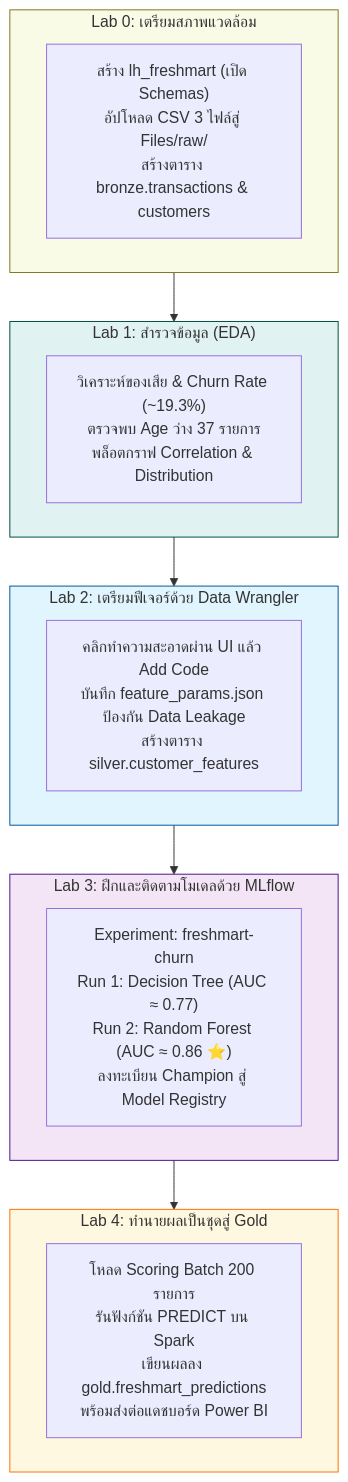
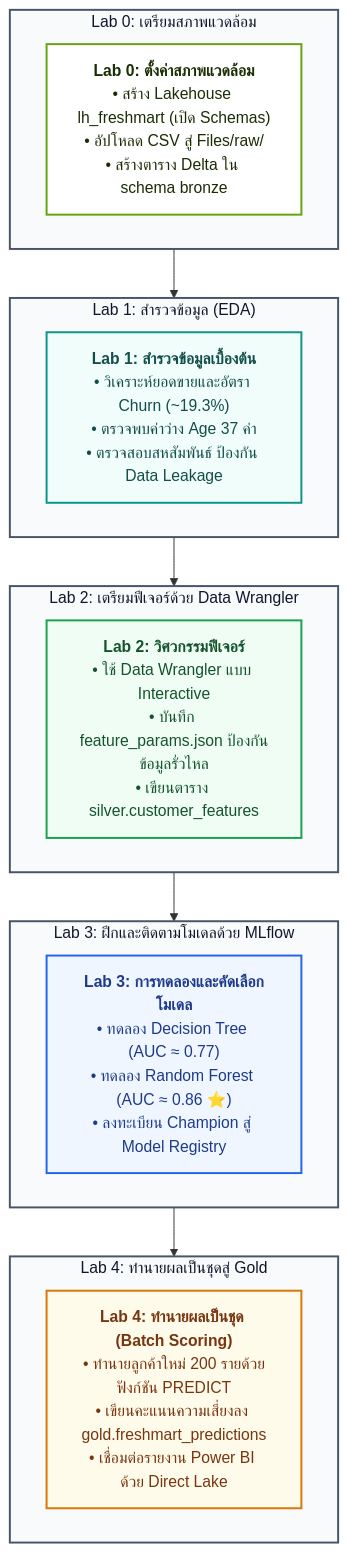
Before and after one commit to DataFabric-Academy/ms-fabric-data-science: the diagram in labs/README.md, drawn with Mermaid. The commit also changed 6 other files, not shown here.

````diff
--- a/labs/README.md
+++ b/labs/README.md
@@ -28,30 +28,38 @@
 ```mermaid
 flowchart TD
-    subgraph Lab0["Lab 0: เตรียมสภาพแวดล้อม"]
-        L0["สร้าง lh_freshmart (เปิด Schemas)<br/>อัปโหลด CSV 3 ไฟล์สู่ Files/raw/<br/>สร้างตาราง bronze.transactions & customers"]
+    subgraph Lab0 ["Lab 0: เตรียมสภาพแวดล้อม"]
+        L0["<b>Lab 0: ตั้งค่าสภาพแวดล้อม</b><br/>• สร้าง Lakehouse lh_freshmart (เปิด Schemas)<br/>• อัปโหลด CSV สู่ Files/raw/<br/>• สร้างตาราง Delta ใน schema bronze"]
     end
 
-    subgraph Lab1["Lab 1: สำรวจข้อมูล (EDA)"]
-        L1["วิเคราะห์ของเสีย & Churn Rate (~19.3%)<br/>ตรวจพบ Age ว่าง 37 รายการ<br/>พล็อตกราฟ Correlation & Distribution"]
+    subgraph Lab1 ["Lab 1: สำรวจข้อมูล (EDA)"]
+        L1["<b>Lab 1: สำรวจข้อมูลเบื้องต้น</b><br/>• วิเคราะห์ยอดขายและอัตรา Churn (~19.3%)<br/>• ตรวจพบค่าว่าง Age 37 ค่า<br/>• ตรวจสอบสหสัมพันธ์ ป้องกัน Data Leakage"]
     end
 
-    subgraph Lab2["Lab 2: เตรียมฟีเจอร์ด้วย Data Wrangler"]
-        L2["คลิกทำความสะอาดผ่าน UI แล้ว Add Code<br/>บันทึก feature_params.json ป้องกัน Data Leakage<br/>สร้างตาราง silver.customer_features"]
+    subgraph Lab2 ["Lab 2: เตรียมฟีเจอร์ด้วย Data Wrangler"]
+        L2["<b>Lab 2: วิศวกรรมฟีเจอร์</b><br/>• ใช้ Data Wrangler แบบ Interactive<br/>• บันทึก feature_params.json ป้องกันข้อมูลรั่วไหล<br/>• เขียนตาราง silver.customer_features"]
     end
 
-    subgraph Lab3["Lab 3: ฝึกและติดตามโมเดลด้วย MLflow"]
-        L3["Experiment: freshmart-churn<br/>Run 1: Decision Tree (AUC ≈ 0.77)<br/>Run 2: Random Forest (AUC ≈ 0.86 ⭐)<br/>ลงทะเบียน Champion สู่ Model Registry"]
+    subgraph Lab3 ["Lab 3: ฝึกและติดตามโมเดลด้วย MLflow"]
+        L3["<b>Lab 3: การทดลองและคัดเลือกโมเดล</b><br/>• ทดลอง Decision Tree (AUC ≈ 0.77)<br/>• ทดลอง Random Forest (AUC ≈ 0.86 ⭐)<br/>• ลงทะเบียน Champion สู่ Model Registry"]
     end
 
-    subgraph Lab4["Lab 4: ทำนายผลเป็นชุดสู่ Gold"]
-        L4["โหลด Scoring Batch 200 รายการ<br/>รันฟังก์ชัน PREDICT บน Spark<br/>เขียนผลลง gold.freshmart_predictions<br/>พร้อมส่งต่อแดชบอร์ด Power BI"]
+    subgraph Lab4 ["Lab 4: ทำนายผลเป็นชุดสู่ Gold"]
+        L4["<b>Lab 4: ทำนายผลเป็นชุด (Batch Scoring)</b><br/>• ทำนายลูกค้าใหม่ 200 รายด้วยฟังก์ชัน PREDICT<br/>• เขียนคะแนนความเสี่ยงลง gold.freshmart_predictions<br/>• เชื่อมต่อรายงาน Power BI ด้วย Direct Lake"]
     end
 
     Lab0 --> Lab1 --> Lab2 --> Lab3 --> Lab4
 
-    style Lab0 fill:#f9fbe7,stroke:#827717
-    style Lab1 fill:#e0f2f1,stroke:#004d40
-    style Lab2 fill:#e1f5fe,stroke:#01579b
-    style Lab3 fill:#f3e5f5,stroke:#4a148c
-    style Lab4 fill:#fff8e1,stroke:#ff6f00
+    classDef stage fill:#f8fafc,stroke:#475569,stroke-width:2px,color:#0f172a;
+    classDef node0 fill:#ffffff,stroke:#65a30d,stroke-width:2px,color:#1a2e05;
+    classDef node1 fill:#f0fdfa,stroke:#0d9488,stroke-width:2px,color:#134e4a;
+    classDef node2 fill:#f0fdf4,stroke:#16a34a,stroke-width:2px,color:#14532d;
+    classDef node3 fill:#eff6ff,stroke:#2563eb,stroke-width:2px,color:#1e3a8a;
+    classDef node4 fill:#fffbeb,stroke:#d97706,stroke-width:2px,color:#78350f;
+
+    class Lab0,Lab1,Lab2,Lab3,Lab4 stage;
+    class L0 node0;
+    class L1 node1;
+    class L2 node2;
+    class L3 node3;
+    class L4 node4;
 ```
````
